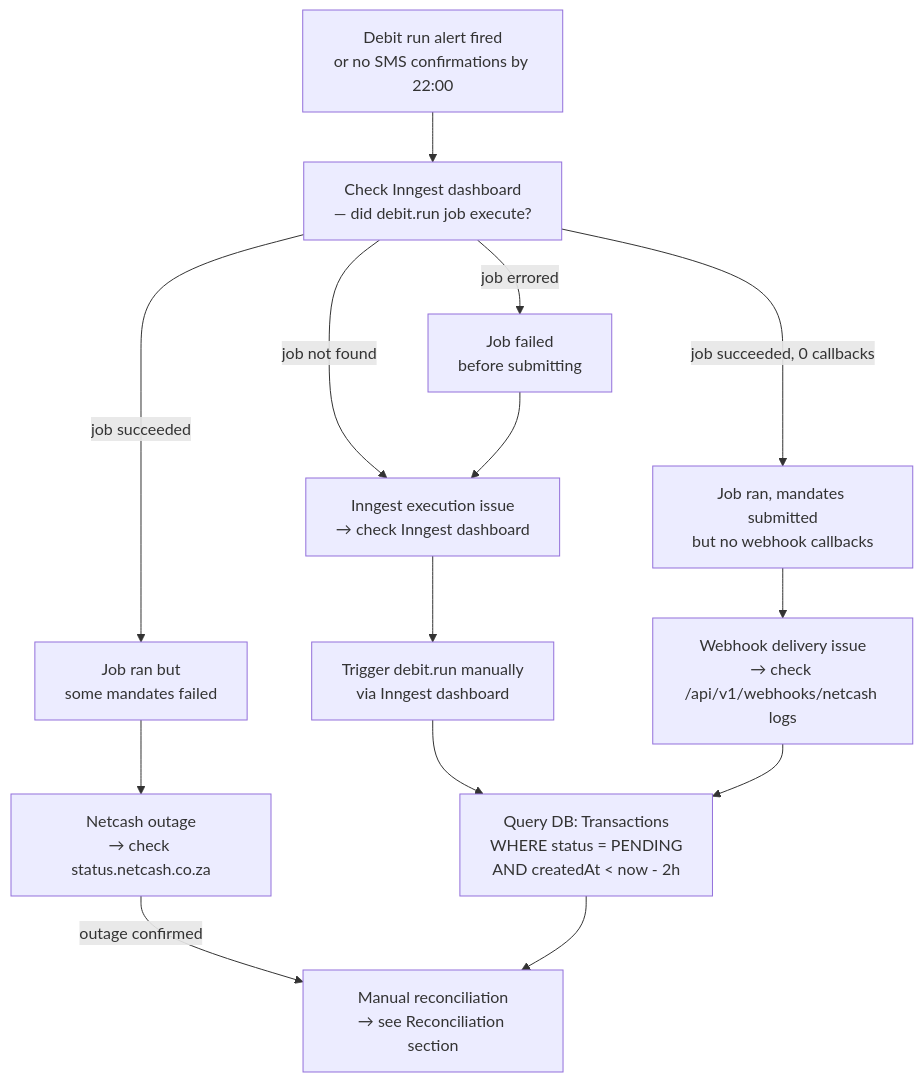
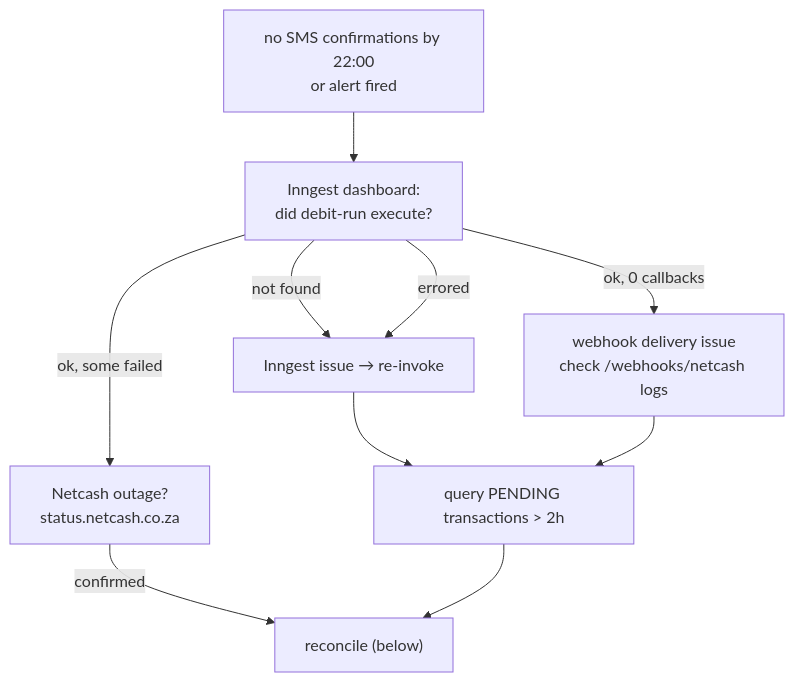
The diagram in docs/runbook.md (KSDRILL-SA/Xkimi-Xa-Mali), drawn with Mermaid before and after one commit. The commit also changed other lines of this file and 10 other files, not shown here.

````diff
--- a/docs/runbook.md
+++ b/docs/runbook.md
@@ -12,33 +11,11 @@
 ```mermaid
 flowchart TD
-    ALERT["Debit run alert fired\nor no SMS confirmations by 22:00"]
-
-    CHECK_INNGEST["Check Inngest dashboard\n— did debit.run job execute?"]
-
-    JOB_FAILED["Job failed\nbefore submitting"]
-    JOB_PARTIAL["Job ran but\nsome mandates failed"]
-    JOB_NO_WEBHOOK["Job ran, mandates submitted\nbut no webhook callbacks"]
-
-    NETCASH_DOWN["Netcash outage\n→ check status.netcash.co.za"]
-    INNGEST_ISSUE["Inngest execution issue\n→ check Inngest dashboard"]
-    WEBHOOK_ISSUE["Webhook delivery issue\n→ check /api/v1/webhooks/netcash logs"]
-
-    RETRY_JOB["Trigger debit.run manually\nvia Inngest dashboard"]
-    CHECK_TRANSACTIONS["Query DB: Transactions\nWHERE status = PENDING\nAND createdAt < now - 2h"]
-    MANUAL_RECONCILE["Manual reconciliation\n→ see Reconciliation section"]
-
-    ALERT --> CHECK_INNGEST
-    CHECK_INNGEST -->|"job not found"| INNGEST_ISSUE
-    CHECK_INNGEST -->|"job errored"| JOB_FAILED
-    CHECK_INNGEST -->|"job succeeded"| JOB_PARTIAL
-    CHECK_INNGEST -->|"job succeeded, 0 callbacks"| JOB_NO_WEBHOOK
-
-    JOB_FAILED --> INNGEST_ISSUE --> RETRY_JOB
-    JOB_PARTIAL --> NETCASH_DOWN
-    JOB_NO_WEBHOOK --> WEBHOOK_ISSUE
-
-    RETRY_JOB --> CHECK_TRANSACTIONS
-    NETCASH_DOWN -->|"outage confirmed"| MANUAL_RECONCILE
-    WEBHOOK_ISSUE --> CHECK_TRANSACTIONS
-    CHECK_TRANSACTIONS --> MANUAL_RECONCILE
+    ALERT["no SMS confirmations by 22:00<br/>or alert fired"] --> INNGEST["Inngest dashboard:<br/>did debit-run execute?"]
+    INNGEST -->|not found| IISSUE["Inngest issue → re-invoke"]
+    INNGEST -->|errored| IISSUE
+    INNGEST -->|ok, some failed| NC["Netcash outage?<br/>status.netcash.co.za"]
+    INNGEST -->|ok, 0 callbacks| WH["webhook delivery issue<br/>check /webhooks/netcash logs"]
+    IISSUE --> PEND["query PENDING transactions > 2h"]
+    NC -->|confirmed| RECON["reconcile (below)"]
+    WH --> PEND --> RECON
 ```
````
